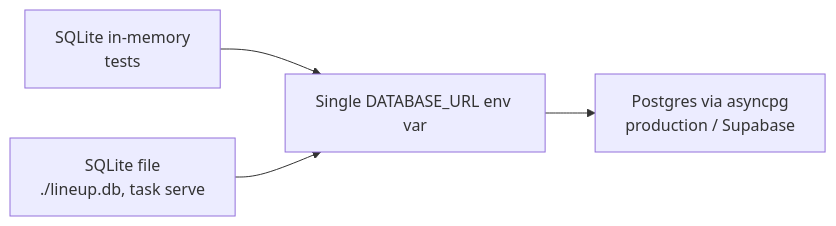
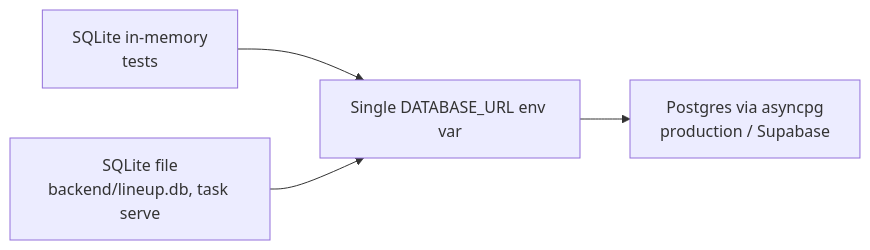
One commit to LasterBergamot/lineup changed the first of 2 diagrams in documentation/Roadmap-Everything-Else.md. Above: the diagram before and after it, drawn with Mermaid. The commit also changed 78 other files, not shown here.

````diff
--- a/documentation/Roadmap-Everything-Else.md
+++ b/documentation/Roadmap-Everything-Else.md
@@ -8,6 +8,6 @@
 ```mermaid
 flowchart LR
     A[SQLite in-memory<br/>tests] --> C[Single DATABASE_URL env var]
-    B[SQLite file<br/>./lineup.db, task serve] --> C
+    B[SQLite file<br/>backend/lineup.db, task serve] --> C
     C --> D[Postgres via asyncpg<br/>production / Supabase]
 ```
````
